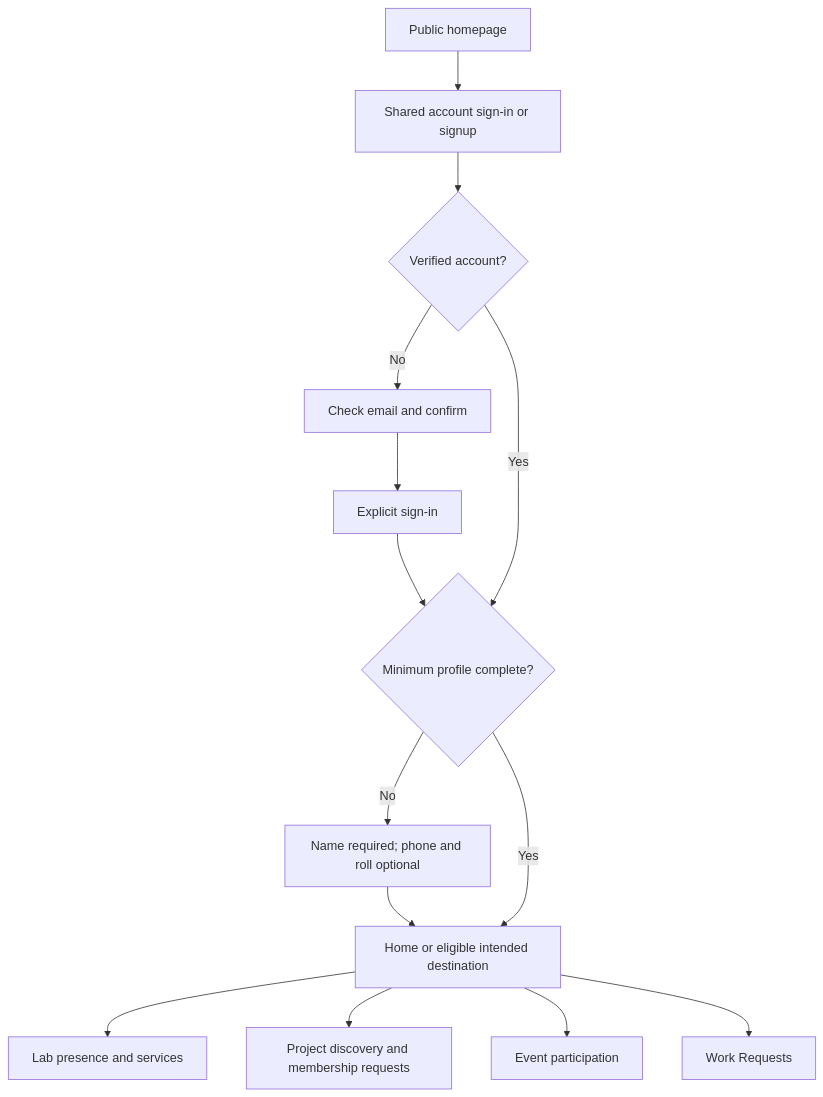
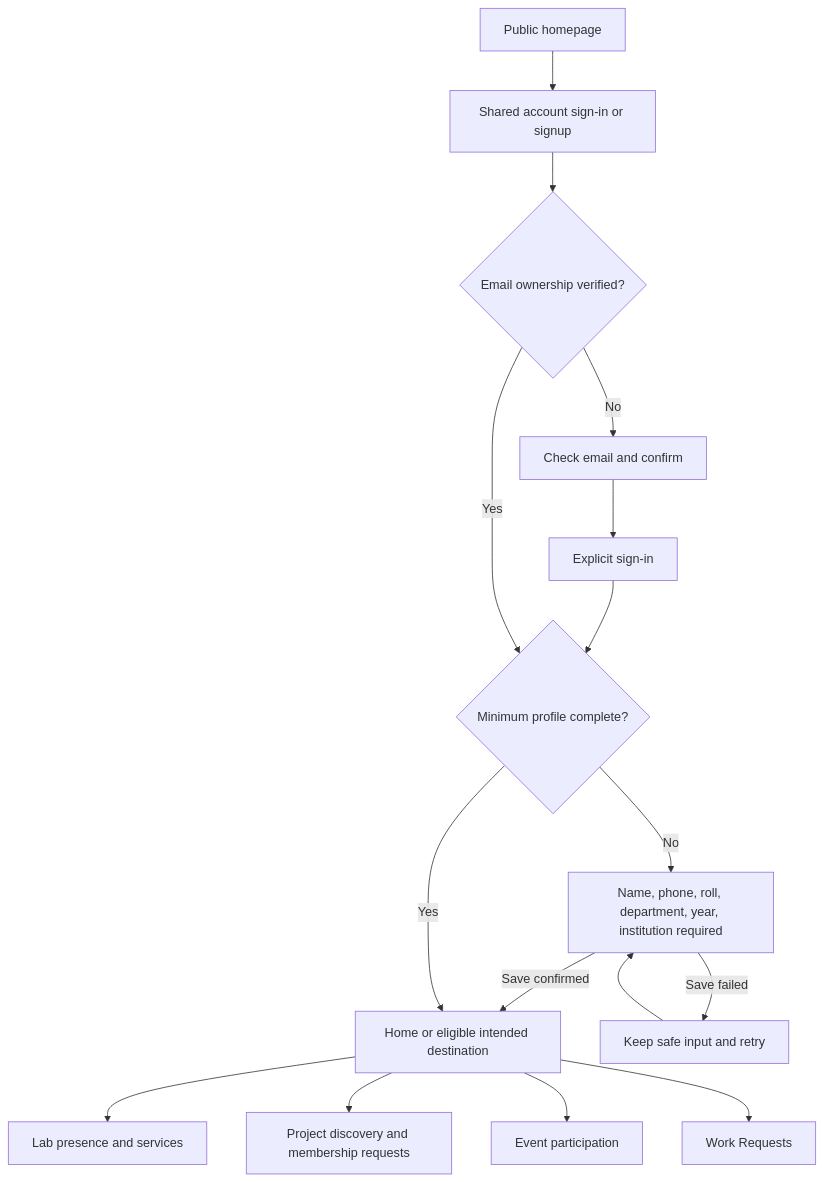
Before and after one commit to MEC-IDEALAB/IDEALAB-MEC-WEB: the first of 3 diagrams in docs/experience.md, drawn with Mermaid. The commit also changed other lines of this file and 3 other files, not shown here.

````diff
--- a/docs/experience.md
+++ b/docs/experience.md
@@ -61,16 +67,18 @@
 ```mermaid
 flowchart TD
   Public[Public homepage] --> Auth[Shared account sign-in or signup]
-  Auth --> Verify{Verified account?}
+  Auth --> Verify{Email ownership verified?}
   Verify -->|No| Email[Check email and confirm]
   Email --> Login[Explicit sign-in]
   Login --> Minimum
   Verify -->|Yes| Minimum{Minimum profile complete?}
-  Minimum -->|No| Setup[Name required; phone and roll optional]
-  Setup --> Home[Home or eligible intended destination]
+  Minimum -->|No| Setup[Name, phone, roll, department, year, institution required]
+  Setup -->|Save confirmed| Home[Home or eligible intended destination]
+  Setup -->|Save failed| Retry[Keep safe input and retry]
+  Retry --> Setup
   Minimum -->|Yes| Home
   Home --> Lab[Lab presence and services]
   Home --> Projects[Project discovery and membership requests]
   Home --> Events[Event participation]
   Home --> Requests[Work Requests]
 ```
````
